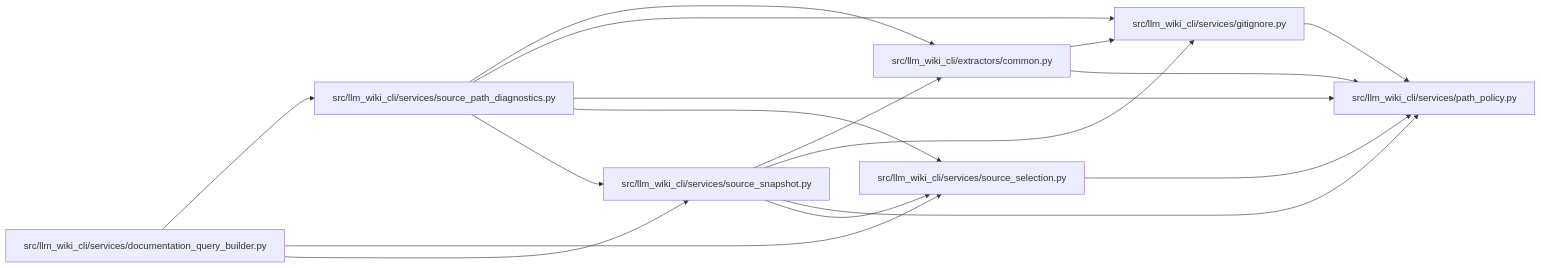
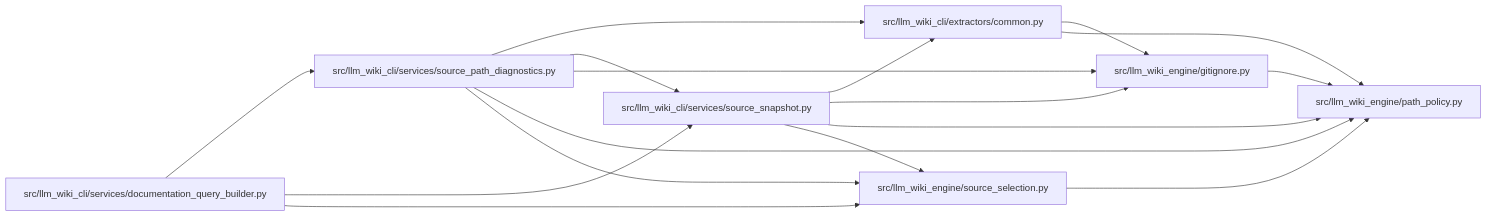
Before and after one commit to Denissvgn/python-wiki-llm: the diagram in docs/llm_wiki/modules/source_path_diagnostics.md, drawn with Mermaid. The commit also changed other lines of this file and 739 other files, not shown here.

First line of the commit message:
docs: refresh the wiki for the second engine batch

````diff
--- a/docs/llm_wiki/modules/source_path_diagnostics.md
+++ b/docs/llm_wiki/modules/source_path_diagnostics.md
@@ -32,33 +32,33 @@
 ```mermaid
 flowchart LR
     n0["src/llm_wiki_cli/extractors/common.py"]
     n1["src/llm_wiki_cli/services/documentation_query_builder.py"]
-    n2["src/llm_wiki_cli/services/gitignore.py"]
-    n3["src/llm_wiki_cli/services/path_policy.py"]
-    n4["src/llm_wiki_cli/services/source_path_diagnostics.py"]
-    n5["src/llm_wiki_cli/services/source_selection.py"]
-    n6["src/llm_wiki_cli/services/source_snapshot.py"]
-    n0 --> n2
-    n0 --> n3
-    n1 --> n4
-    n1 --> n5
+    n2["src/llm_wiki_cli/services/source_path_diagnostics.py"]
+    n3["src/llm_wiki_cli/services/source_snapshot.py"]
+    n4["src/llm_wiki_engine/gitignore.py"]
+    n5["src/llm_wiki_engine/path_policy.py"]
+    n6["src/llm_wiki_engine/source_selection.py"]
+    n0 --> n4
+    n0 --> n5
+    n1 --> n2
+    n1 --> n3
     n1 --> n6
+    n2 --> n0
     n2 --> n3
-    n4 --> n0
-    n4 --> n2
-    n4 --> n3
+    n2 --> n4
+    n2 --> n5
+    n2 --> n6
+    n3 --> n0
+    n3 --> n4
+    n3 --> n5
+    n3 --> n6
     n4 --> n5
-    n4 --> n6
-    n5 --> n3
-    n6 --> n0
-    n6 --> n2
-    n6 --> n3
     n6 --> n5
     click n0 "../modules/common.md"
     click n1 "../modules/documentation_query_builder.md"
-    click n2 "../modules/gitignore.md"
-    click n3 "../modules/path_policy.md"
-    click n4 "../modules/source_path_diagnostics.md"
-    click n5 "../modules/source_selection.md"
-    click n6 "../modules/source_snapshot.md"
+    click n2 "../modules/source_path_diagnostics.md"
+    click n3 "../modules/source_snapshot.md"
+    click n4 "../modules/gitignore.md"
+    click n5 "../modules/path_policy.md"
+    click n6 "../modules/source_selection.md"
 ```
````
